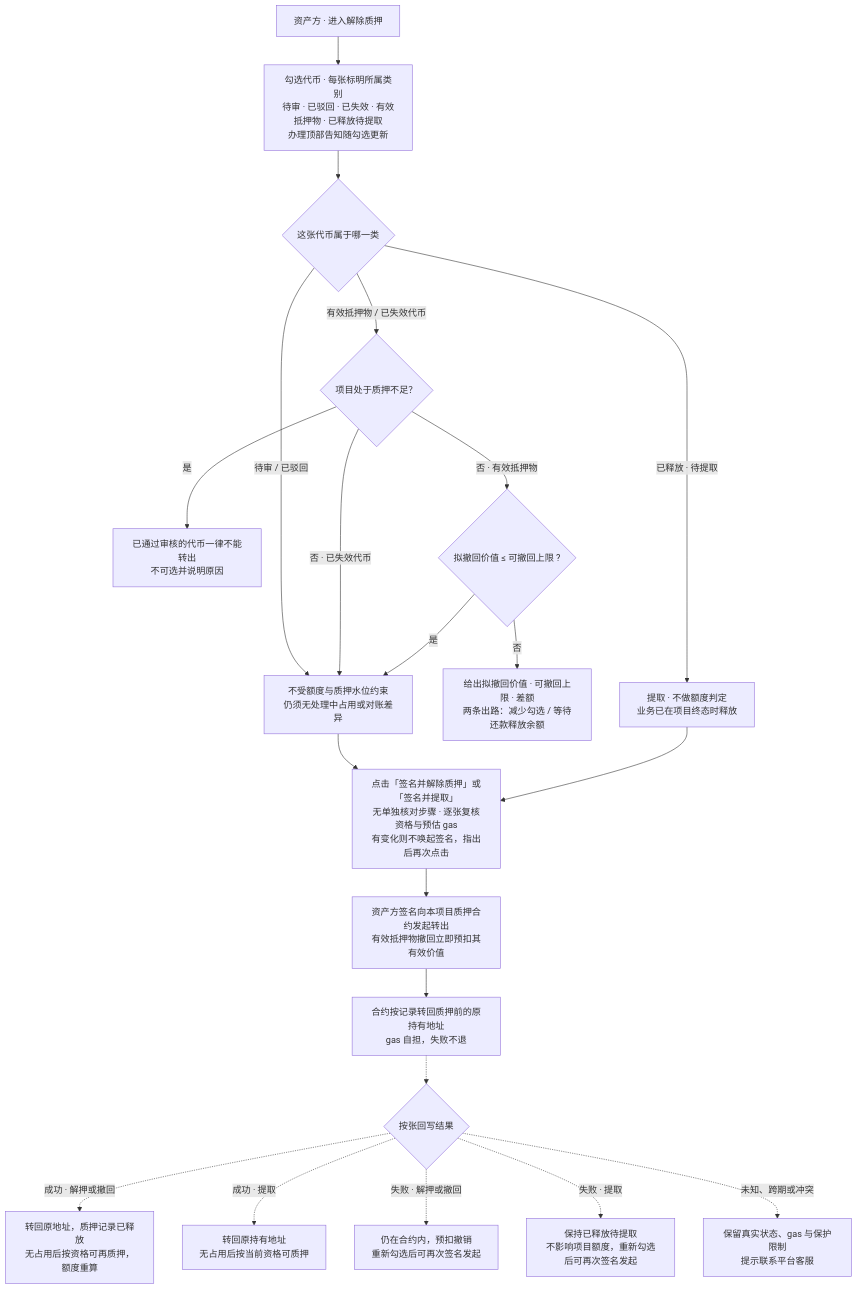
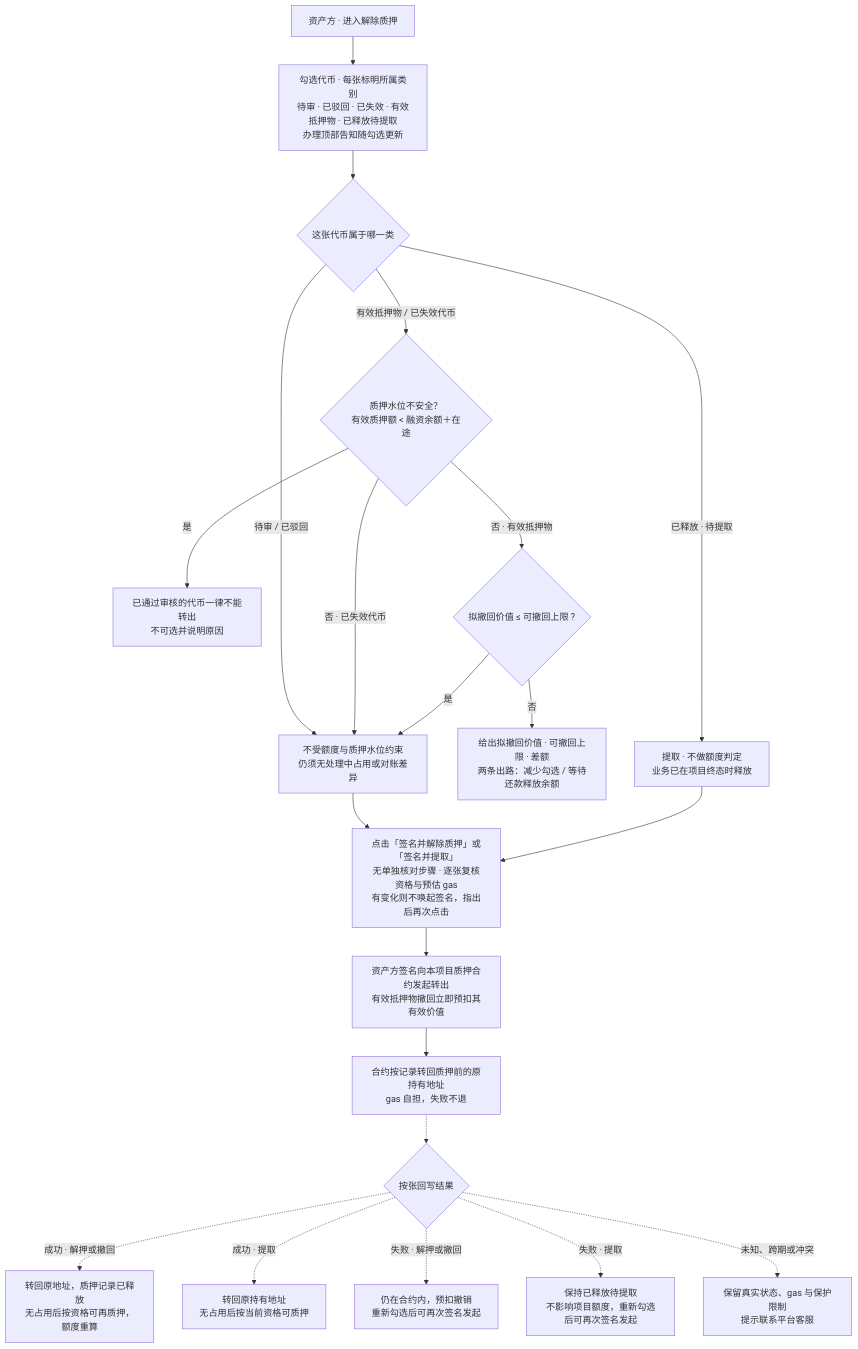
The third of 10 diagrams in lending-platform/PRD/面客端/05-借贷广场-融资需求与代币质押/02-融资需求与代币质押-流程图与状态机.md (wxblockchain/Chain-Financing), drawn with Mermaid before and after one commit. The commit also changed other lines of this file and 5 other files, not shown here.

````diff
--- a/lending-platform/PRD/面客端/05-借贷广场-融资需求与代币质押/02-融资需求与代币质押-流程图与状态机.md
+++ b/lending-platform/PRD/面客端/05-借贷广场-融资需求与代币质押/02-融资需求与代币质押-流程图与状态机.md
@@ -88,23 +88,23 @@
 ```mermaid
 flowchart TD
   A["资产方 · 进入解除质押"] --> B["勾选代币 · 每张标明所属类别<br/>待审 · 已驳回 · 已失效 · 有效抵押物 · 已释放待提取<br/>办理顶部告知随勾选更新"]
   B --> C{"这张代币属于哪一类"}
   C -- "待审 / 已驳回" --> D["不受额度与质押水位约束<br/>仍须无处理中占用或对账差异"]
-  C -- "有效抵押物 / 已失效代币" --> W{"项目处于质押不足？"}
+  C -- "有效抵押物 / 已失效代币" --> W{"质押水位不安全？<br/>有效质押额 < 融资余额＋在途"}
   W -- "是" --> X["已通过审核的代币一律不能转出<br/>不可选并说明原因"]
   W -- "否 · 已失效代币" --> D
   W -- "否 · 有效抵押物" --> E{"拟撤回价值 ≤ 可撤回上限 ?"}
   E -- "否" --> F["给出拟撤回价值 · 可撤回上限 · 差额<br/>两条出路：减少勾选 / 等待还款释放余额"]
   E -- "是" --> D
   C -- "已释放 · 待提取" --> G["提取 · 不做额度判定<br/>业务已在项目终态时释放"]
   D --> CONF["点击「签名并解除质押」或「签名并提取」<br/>无单独核对步骤 · 逐张复核资格与预估 gas<br/>有变化则不唤起签名，指出后再次点击"]
   G --> CONF
   CONF --> H["资产方签名向本项目质押合约发起转出<br/>有效抵押物撤回立即预扣其有效价值"]
   H --> I["合约按记录转回质押前的原持有地址<br/>gas 自担，失败不退"]
   I -.-> J{"按张回写结果"}
   J -. "成功 · 解押或撤回" .-> K["转回原地址，质押记录已释放<br/>无占用后按资格可再质押，额度重算"]
   J -. "成功 · 提取" .-> L["转回原持有地址<br/>无占用后按当前资格可质押"]
   J -. "失败 · 解押或撤回" .-> M["仍在合约内，预扣撤销<br/>重新勾选后可再次签名发起"]
   J -. "失败 · 提取" .-> N["保持已释放待提取<br/>不影响项目额度，重新勾选后可再次签名发起"]
   J -. "未知、跨期或冲突" .-> O["保留真实状态、gas 与保护限制<br/>提示联系平台客服"]
 ```
````
